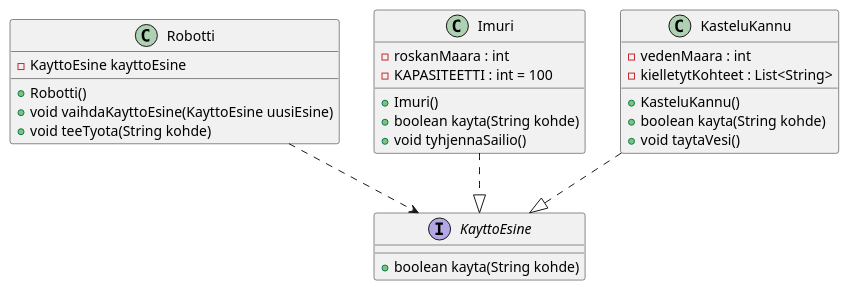
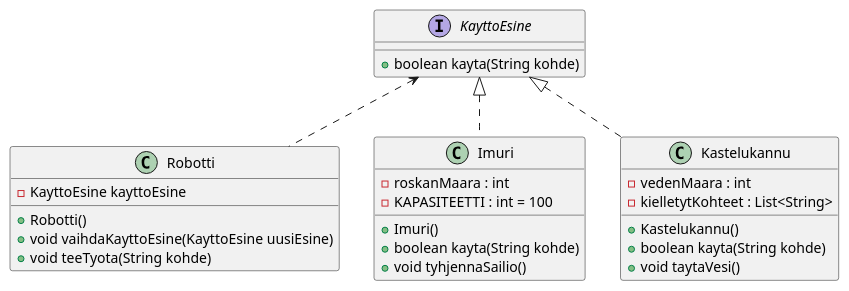
Before and after one commit to ISEAI-JYU/Programming-2: the diagram in src/exercises/4-4-kotityorobotti/handout.md, drawn with PlantUML. The commit also changed other lines of this file and 40 other files, not shown here.

````diff
--- a/src/exercises/4-4-kotityorobotti/handout.md
+++ b/src/exercises/4-4-kotityorobotti/handout.md
@@ -8,34 +8,37 @@
 ```plantuml
 @startuml
 class Robotti {
     -KayttoEsine kayttoEsine
     +Robotti()
     +void vaihdaKayttoEsine(KayttoEsine uusiEsine)
     +void teeTyota(String kohde)
 }
 
 interface KayttoEsine {
     +boolean kayta(String kohde)
 }
 
 class Imuri {
     -roskanMaara : int
     -KAPASITEETTI : int = 100
     +Imuri()
     +boolean kayta(String kohde)
     +void tyhjennaSailio()
 }
 
-class KasteluKannu {
+
+class Kastelukannu {
     -vedenMaara : int
     -kielletytKohteet : List<String>
-    +KasteluKannu()
+    +Kastelukannu()
     +boolean kayta(String kohde)
     +void taytaVesi()
 }
 
-Robotti ..> KayttoEsine
-Imuri ..|> KayttoEsine
-KasteluKannu ..|> KayttoEsine
+
+KayttoEsine <|.. Imuri
+KayttoEsine <|.. Kastelukannu
+KayttoEsine <.. Robotti
+
 @enduml
 ```
````
